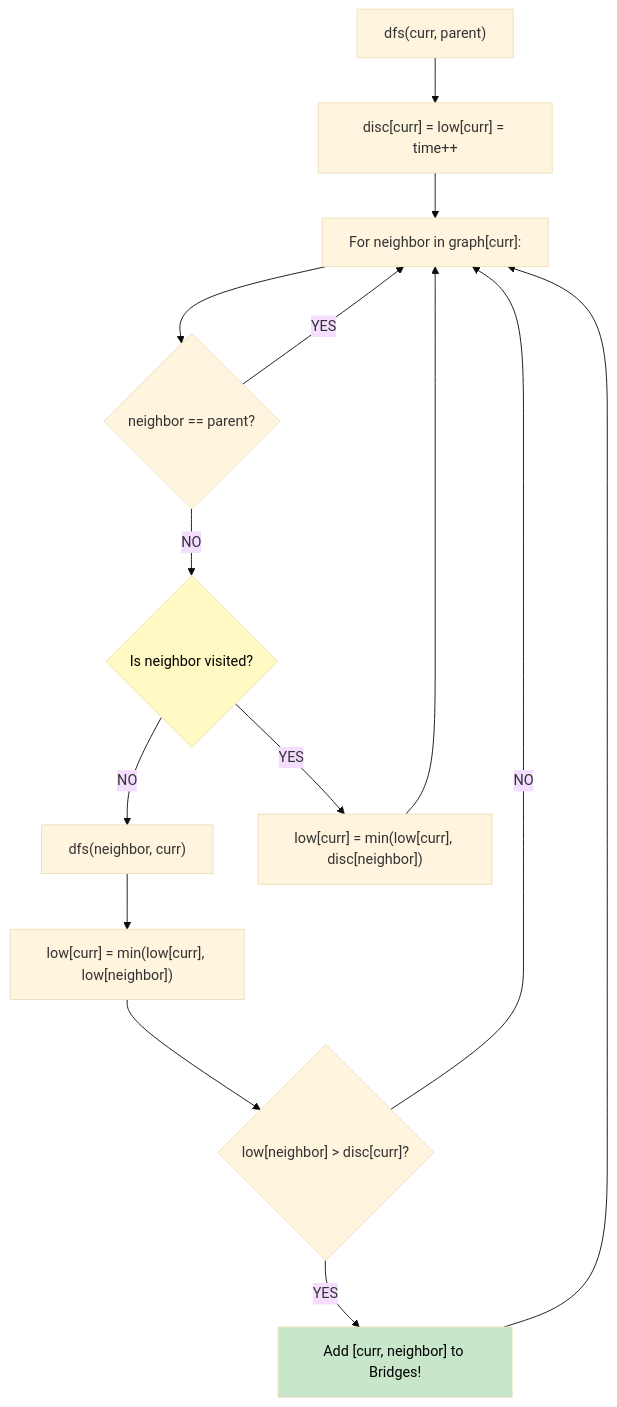
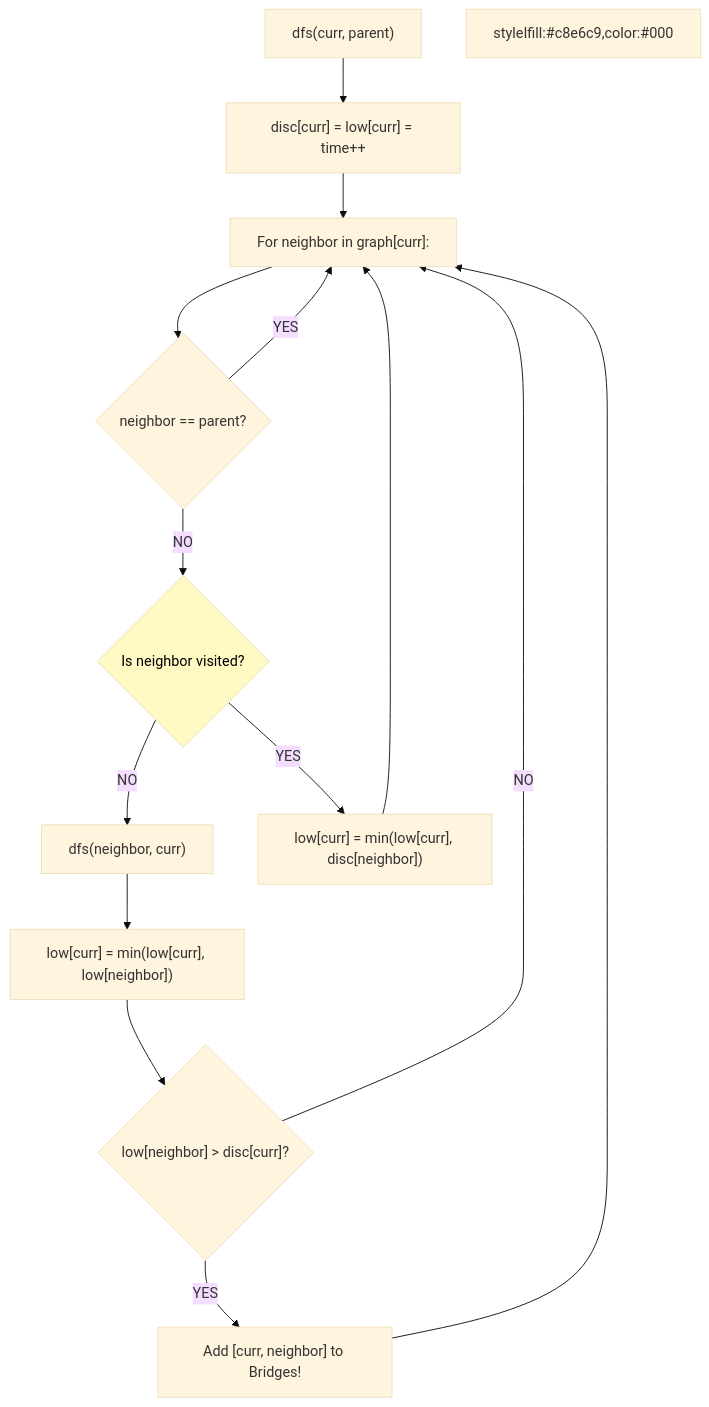
The diagram in 40 - Articulation Points and Bridges/problem_01_critical_connections_walkthrough.md (vadde/DSA), drawn with Mermaid (base theme) before and after one commit. The commit also changed 245 other files, not shown here.

First line of the commit message:
fix: Forensic fix of all Mermaid rendering issues across entire DSA repo + add pre-commit validation infrastructure

````diff
--- a/40 - Articulation Points and Bridges/problem_01_critical_connections_walkthrough.md
+++ b/40 - Articulation Points and Bridges/problem_01_critical_connections_walkthrough.md
@@ -52,21 +52,21 @@
 ```mermaid
 flowchart TD
     A["dfs(curr, parent)"] --> B["disc[curr] = low[curr] = time++"]
     B --> C["For neighbor in graph[curr]:"]
     C --> D{"neighbor == parent?"}
     D -->|YES| C
     D -->|NO| E{"Is neighbor visited?"}
     
     E -->|NO| F["dfs(neighbor, curr)"]
     F --> G["low[curr] = min(low[curr], low[neighbor])"]
     G --> H{"low[neighbor] > disc[curr]?"}
     H -->|YES| I["Add [curr, neighbor] to Bridges!"]
     H -->|NO| C
     I --> C
-    
-    E -->|YES| J["low[curr] = min(low[curr], disc[neighbor])"]
+
+E -->|YES| J["low[curr] = min(low[curr], disc[neighbor])"]
     J --> C
-    
-    style I fill:#c8e6c9,color:#000
+
+styleIfill:#c8e6c9,color:#000
     style E fill:#fff9c4,color:#000
 ```
````
